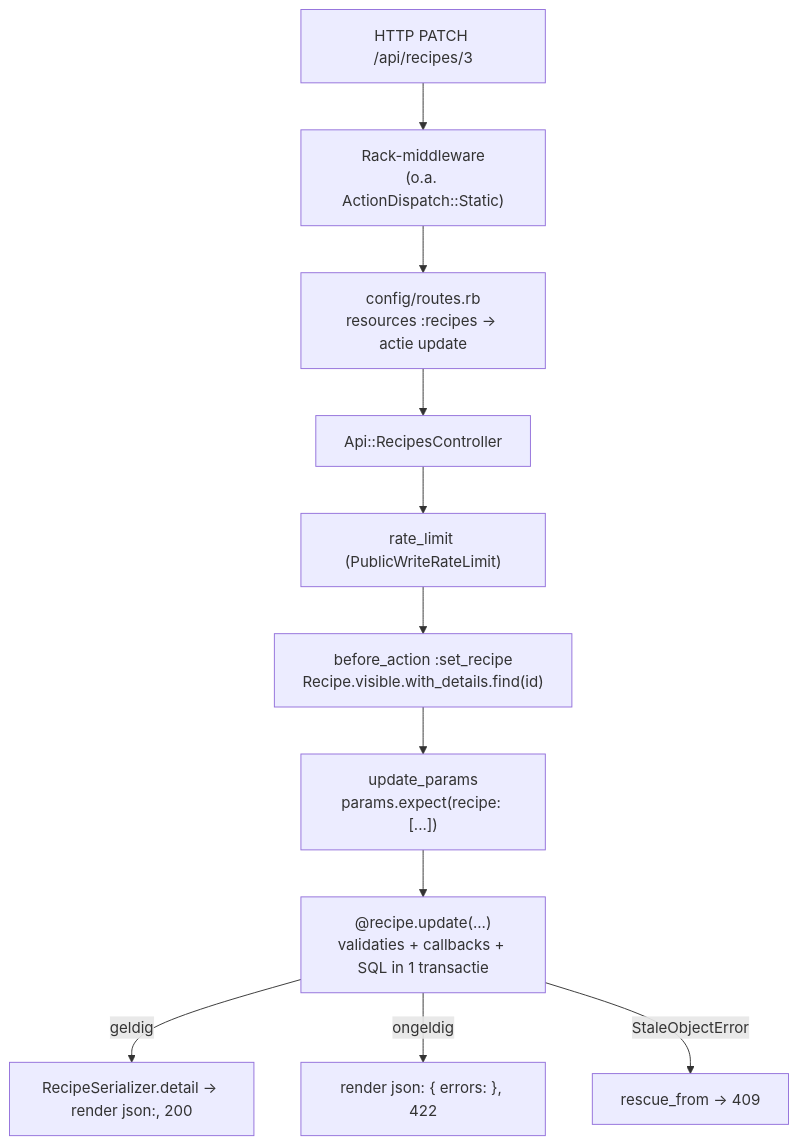
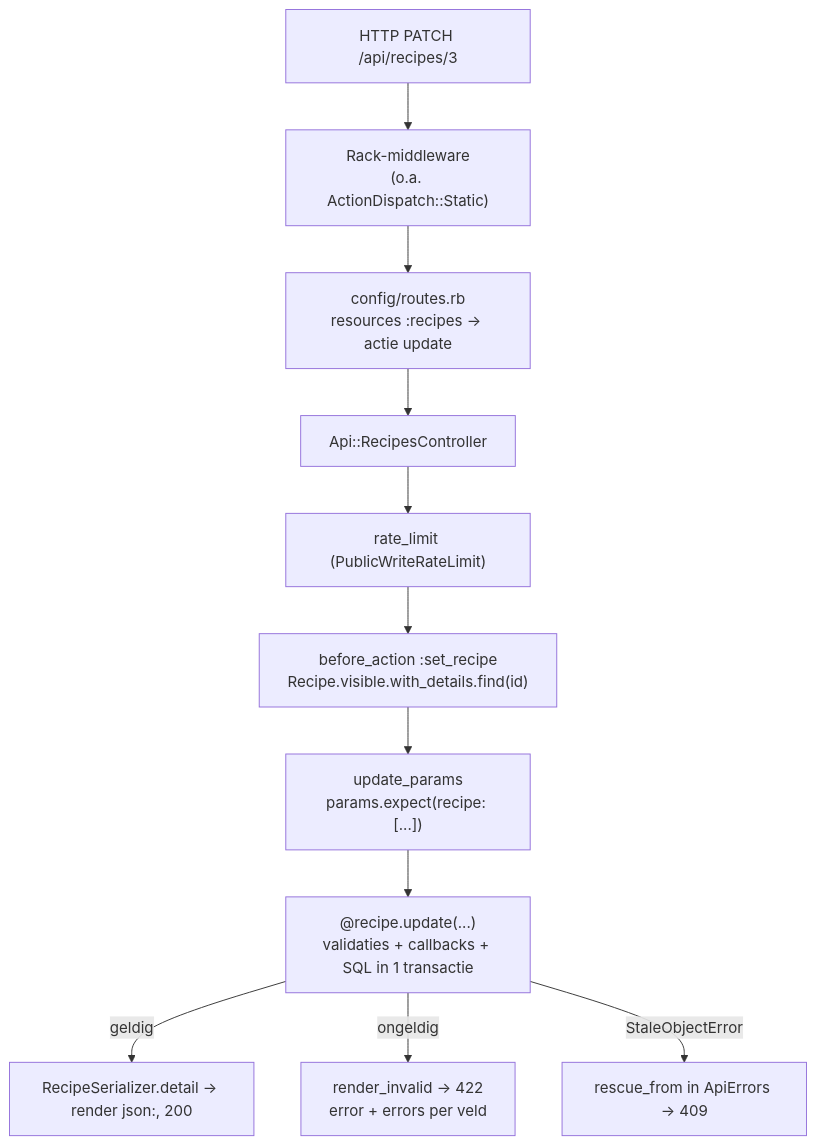
The third of 7 diagrams in docs/code_overzicht.md (lobkest/receptenapp), drawn with Mermaid before and after one commit. The commit also changed other lines of this file and 40 other files, not shown here.

````diff
--- a/docs/code_overzicht.md
+++ b/docs/code_overzicht.md
@@ -202,13 +204,13 @@
 ```mermaid
 flowchart TD
   A["HTTP PATCH /api/recipes/3"] --> B["Rack-middleware<br/>(o.a. ActionDispatch::Static)"]
   B --> C["config/routes.rb<br/>resources :recipes → actie update"]
   C --> D["Api::RecipesController"]
   D --> D1["rate_limit (PublicWriteRateLimit)"]
   D1 --> D2["before_action :set_recipe<br/>Recipe.visible.with_details.find(id)"]
   D2 --> D3["update_params<br/>params.expect(recipe: [...])"]
   D3 --> E["@recipe.update(...)<br/>validaties + callbacks + SQL in 1 transactie"]
   E -->|geldig| F["RecipeSerializer.detail → render json:, 200"]
-  E -->|ongeldig| G["render json: { errors: }, 422"]
-  E -->|"StaleObjectError"| H["rescue_from → 409"]
+  E -->|ongeldig| G["render_invalid → 422<br/>error + errors per veld"]
+  E -->|"StaleObjectError"| H["rescue_from in ApiErrors → 409"]
 ```
````
